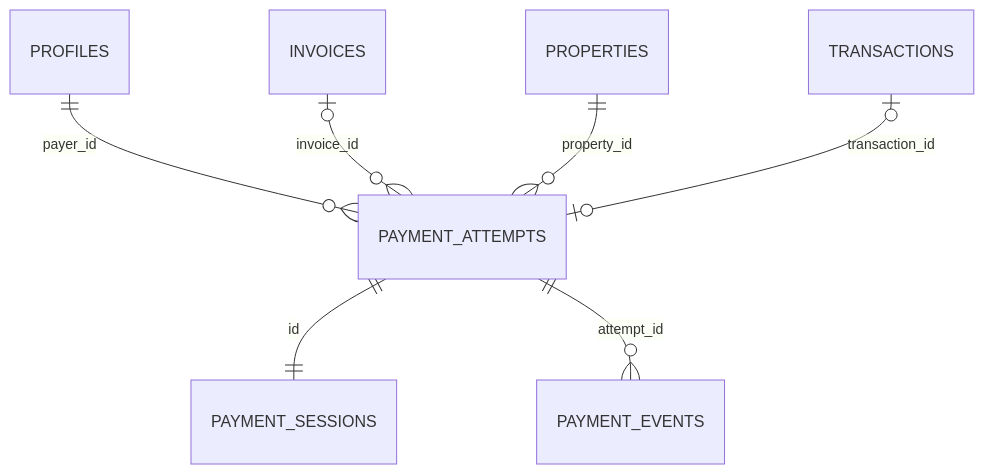
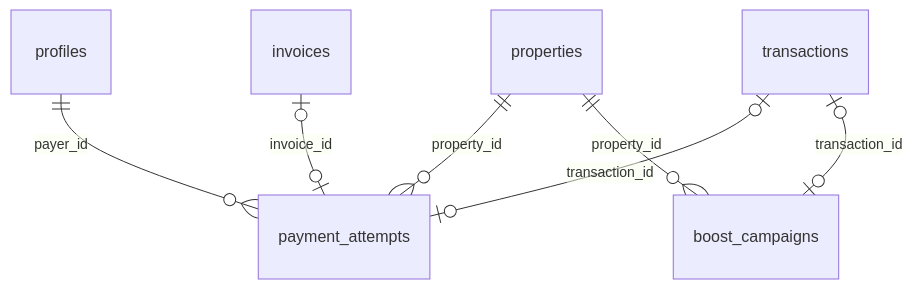
One commit to mayceren/NgekosAja.com changed the diagram in docs/payment/DATABASE_SCHEMA.md. Above: the diagram before and after it, drawn with Mermaid. The commit also changed other lines of this file and 105 other files, not shown here.

````diff
--- a/docs/payment/DATABASE_SCHEMA.md
+++ b/docs/payment/DATABASE_SCHEMA.md
@@ -5,9 +11,9 @@
 ```mermaid
 erDiagram
- PROFILES ||--o{ PAYMENT_ATTEMPTS : payer_id
- INVOICES o|--o{ PAYMENT_ATTEMPTS : invoice_id
- PROPERTIES ||--o{ PAYMENT_ATTEMPTS : property_id
- TRANSACTIONS o|--o| PAYMENT_ATTEMPTS : transaction_id
- PAYMENT_ATTEMPTS ||--|| PAYMENT_SESSIONS : id
- PAYMENT_ATTEMPTS ||--o{ PAYMENT_EVENTS : attempt_id
+  profiles ||--o{ payment_attempts : payer_id
+  properties ||--o{ payment_attempts : property_id
+  invoices |o--o| payment_attempts : invoice_id
+  transactions |o--o| payment_attempts : transaction_id
+  transactions |o--o| boost_campaigns : transaction_id
+  properties ||--o{ boost_campaigns : property_id
 ```
````
